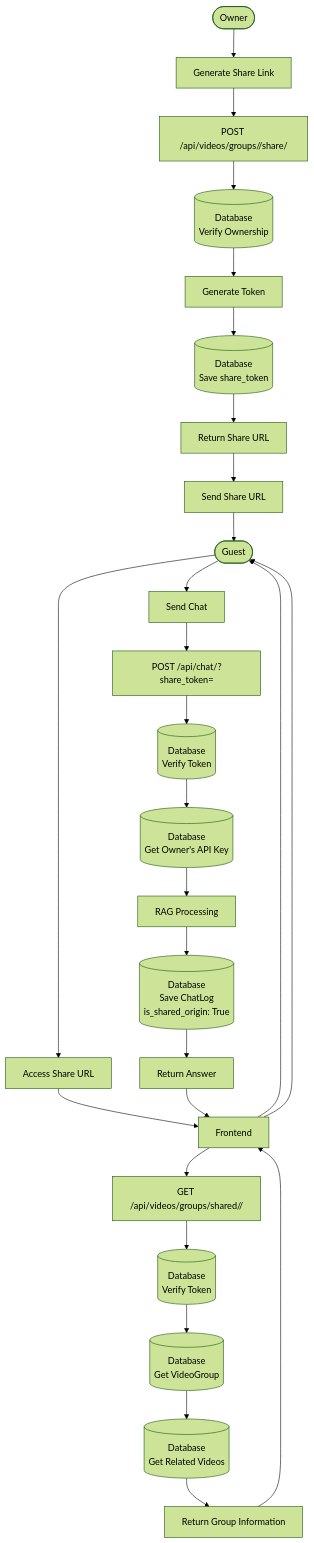
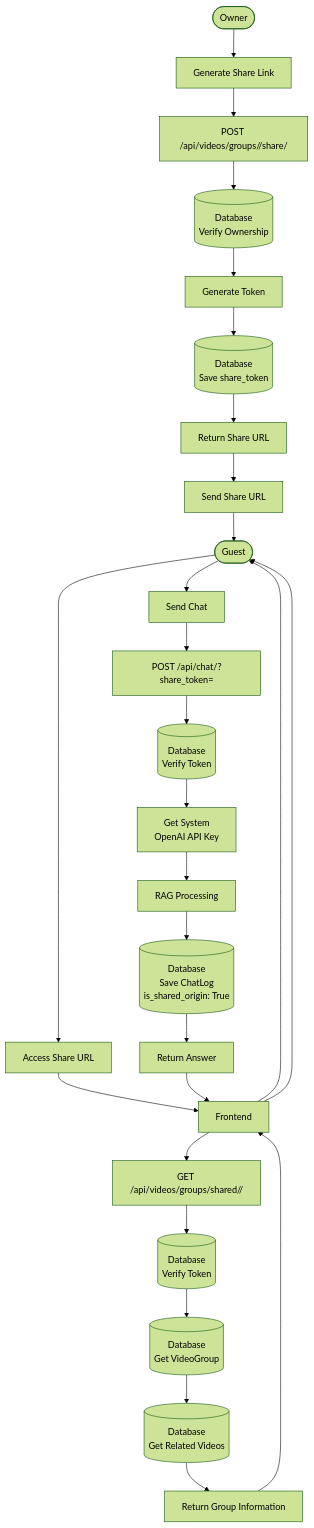
One commit to yukiharada1228/videoq changed the fourth of 6 diagrams in docs/database/data-flow-diagram.md. Above: the diagram before and after it, drawn with Mermaid (forest theme). The commit also changed other lines of this file and 13 other files, not shown here.

````diff
--- a/docs/database/data-flow-diagram.md
+++ b/docs/database/data-flow-diagram.md
@@ -117,32 +116,32 @@
 ```mermaid
 flowchart TD
     Start1([Owner]) --> Generate[Generate Share Link]
     Generate --> API1[POST /api/videos/groups/<id>/share/]
     API1 --> Validate1[(Database<br/>Verify Ownership)]
     Validate1 --> GenerateToken[Generate Token]
     GenerateToken --> SaveToken[(Database<br/>Save share_token)]
     SaveToken --> ReturnURL[Return Share URL]
     ReturnURL --> Share[Send Share URL]
     
     Share --> Guest([Guest])
     Guest --> Access[Access Share URL]
     Access --> Frontend[Frontend]
     Frontend --> API2[GET /api/videos/groups/shared/<token>/]
     
     API2 --> ValidateToken[(Database<br/>Verify Token)]
     ValidateToken --> GetGroup[(Database<br/>Get VideoGroup)]
     GetGroup --> GetVideos[(Database<br/>Get Related Videos)]
     GetVideos --> Response[Return Group Information]
     Response --> Frontend
     Frontend --> Guest
     
     Guest --> Chat[Send Chat]
     Chat --> API3[POST /api/chat/?share_token=<token>]
     API3 --> ValidateToken2[(Database<br/>Verify Token)]
-    ValidateToken2 --> GetOwner[(Database<br/>Get Owner's API Key)]
-    GetOwner --> RAG[RAG Processing]
+    ValidateToken2 --> GetAPIKey[Get System<br/>OpenAI API Key]
+    GetAPIKey --> RAG[RAG Processing]
     RAG --> SaveLog[(Database<br/>Save ChatLog<br/>is_shared_origin: True)]
     SaveLog --> ReturnAnswer[Return Answer]
     ReturnAnswer --> Frontend
     Frontend --> Guest
 ```
````
